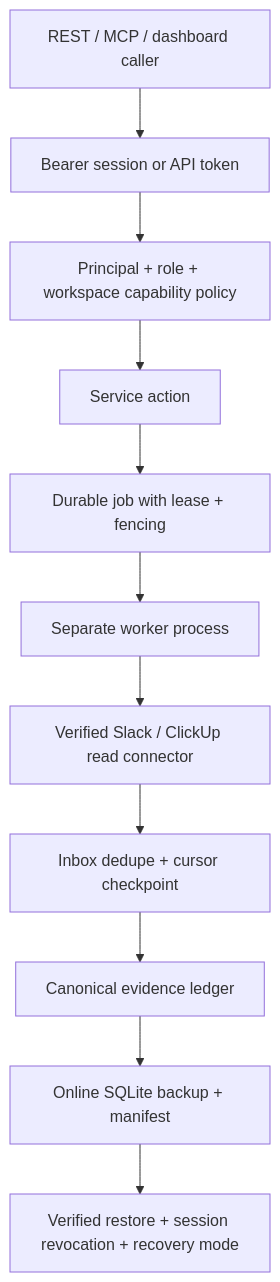
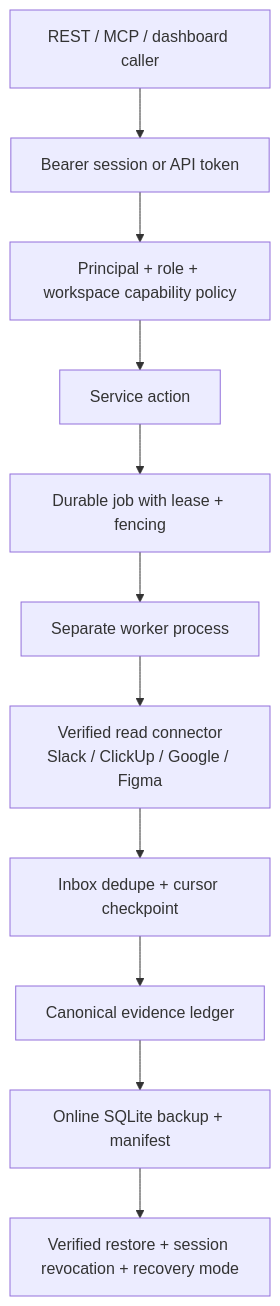
The fifth of 6 diagrams in README.md (wasayijaz/Auremgrid-Company-OS), drawn with Mermaid before and after one commit. The commit also changed other lines of this file and 7 other files, not shown here.

````diff
--- a/README.md
+++ b/README.md
@@ -156,13 +156,13 @@
 ```mermaid
 flowchart TD
     Client[REST / MCP / dashboard caller] --> Auth[Bearer session or API token]
     Auth --> Policy[Principal + role + workspace capability policy]
     Policy --> API[Service action]
     API --> Job[Durable job with lease + fencing]
     Job --> Worker[Separate worker process]
-    Worker --> Connector[Verified Slack / ClickUp read connector]
+    Worker --> Connector[Verified read connector<br/>Slack / ClickUp / Google / Figma]
     Connector --> Inbox[Inbox dedupe + cursor checkpoint]
     Inbox --> Ledger[Canonical evidence ledger]
     Ledger --> Backup[Online SQLite backup + manifest]
     Backup --> Restore[Verified restore + session revocation + recovery mode]
 ```
````
